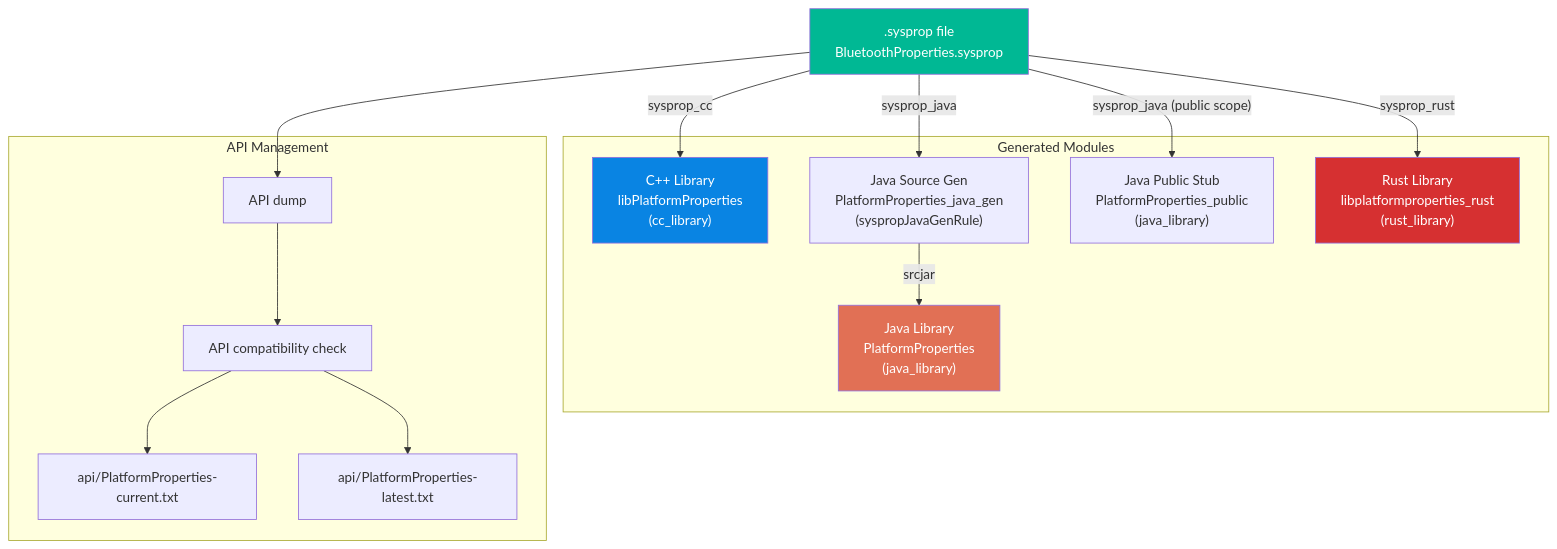
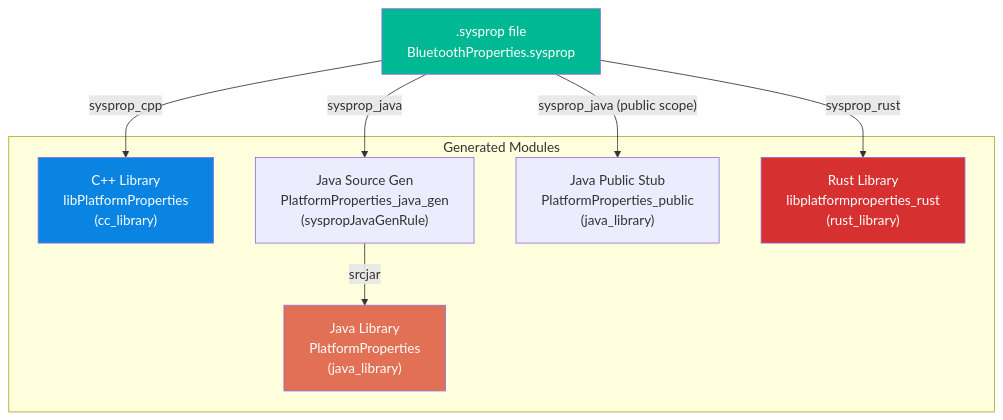
Before and after one commit to aospbooks/aosp-internal-book: the eighth of 11 diagrams in 06-system-properties.md, drawn with Mermaid. The commit also changed other lines of this file and 218 other files, not shown here.

````diff
--- a/06-system-properties.md
+++ b/06-system-properties.md
@@ -2180,35 +2226,23 @@
 ```mermaid
 graph TB
     SYSPROP[".sysprop file<br/>BluetoothProperties.sysprop"]
 
     subgraph "Generated Modules"
         CC_LIB["C++ Library<br/>libPlatformProperties<br/>(cc_library)"]
         JAVA_GEN["Java Source Gen<br/>PlatformProperties_java_gen<br/>(syspropJavaGenRule)"]
         JAVA_LIB["Java Library<br/>PlatformProperties<br/>(java_library)"]
         JAVA_PUB["Java Public Stub<br/>PlatformProperties_public<br/>(java_library)"]
         RUST_LIB["Rust Library<br/>libplatformproperties_rust<br/>(rust_library)"]
     end
 
-    SYSPROP -->|"sysprop_cc"| CC_LIB
+    SYSPROP -->|"sysprop_cpp"| CC_LIB
     SYSPROP -->|"sysprop_java"| JAVA_GEN
     JAVA_GEN -->|"srcjar"| JAVA_LIB
     SYSPROP -->|"sysprop_java (public scope)"| JAVA_PUB
     SYSPROP -->|"sysprop_rust"| RUST_LIB
-
-    subgraph "API Management"
-        CURRENT["api/PlatformProperties-current.txt"]
-        LATEST["api/PlatformProperties-latest.txt"]
-        DUMP["API dump"]
-        CHECK["API compatibility check"]
-    end
-
-    SYSPROP --> DUMP
-    DUMP --> CHECK
-    CHECK --> CURRENT
-    CHECK --> LATEST
 
     style SYSPROP fill:#00b894,color:#fff
     style CC_LIB fill:#0984e3,color:#fff
     style JAVA_LIB fill:#e17055,color:#fff
     style RUST_LIB fill:#d63031,color:#fff
 ```
````
